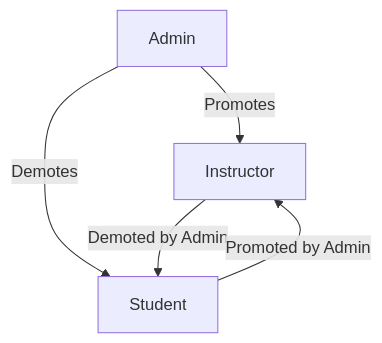
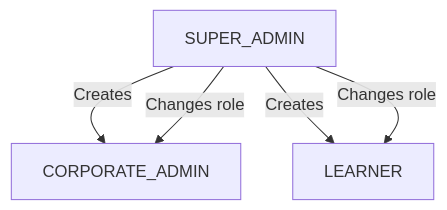
One commit to alfredang/learnify-childcare changed the second of 2 diagrams in docs/features/administrators.md. Above: the diagram before and after it, drawn with Mermaid. The commit also changed other lines of this file and 8 other files, not shown here.

````diff
--- a/docs/features/administrators.md
+++ b/docs/features/administrators.md
@@ -30,7 +155,7 @@
 ```mermaid
 graph TD
-    A[Admin] -->|Promotes| B[Instructor]
-    A -->|Demotes| C[Student]
-    B -->|Demoted by Admin| C
-    C -->|Promoted by Admin| B
+    A[SUPER_ADMIN] -->|Creates| B[CORPORATE_ADMIN]
+    A -->|Creates| C[LEARNER]
+    A -->|Changes role| B
+    A -->|Changes role| C
 ```
````
